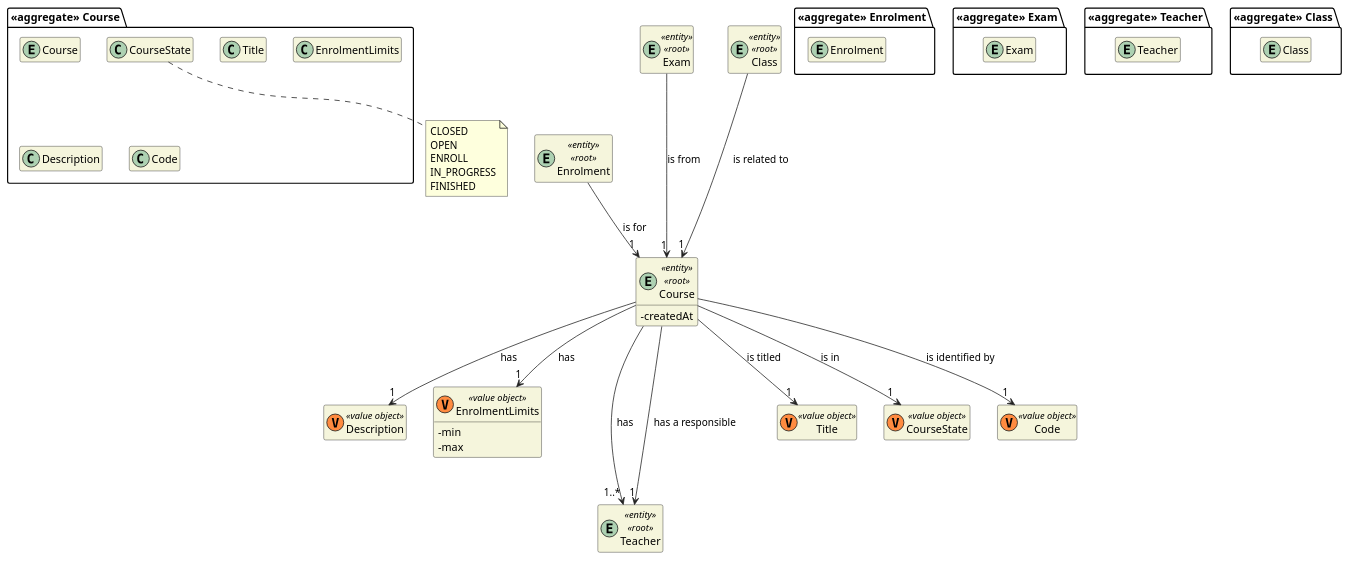
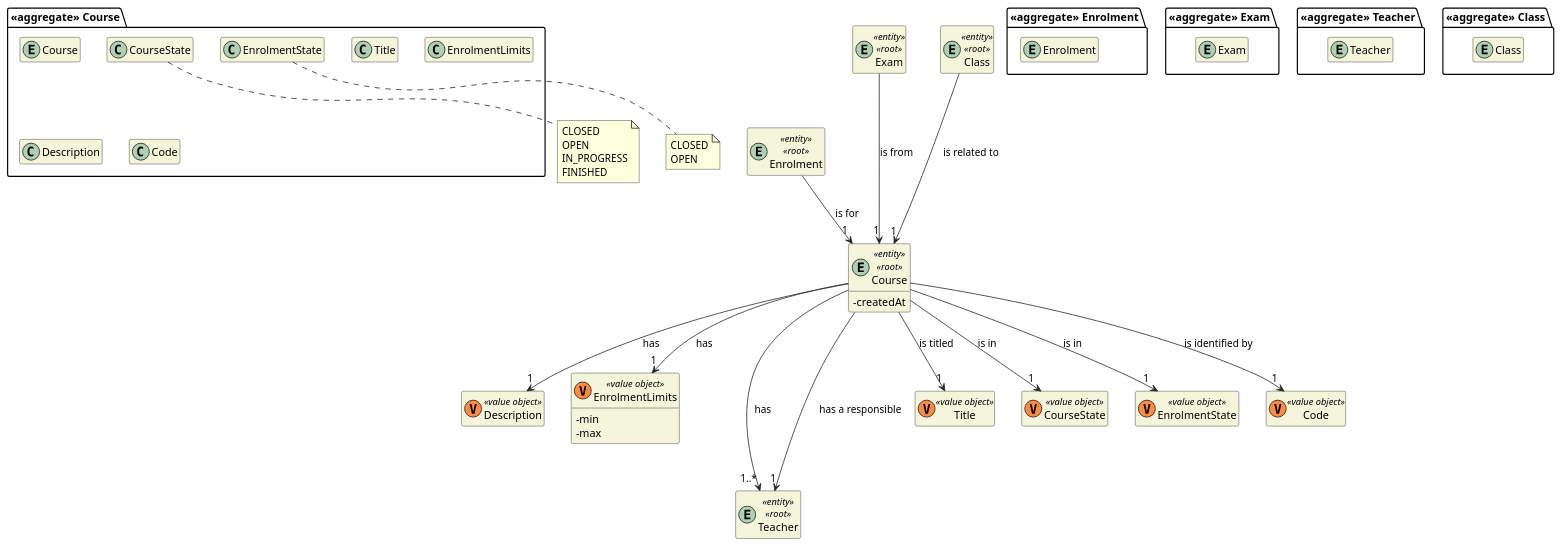
One commit to miseEnPlace-dev/lapr4 changed the diagram in docs/dm/DM_Course.puml. Above: the diagram before and after it, drawn with PlantUML. The commit also changed 10 other files, not shown here.

Commit message:
docs: added enrolment state to diagrams (#16)

```diff
--- a/docs/dm/DM_Course.puml
+++ b/docs/dm/DM_Course.puml
@@ -1,80 +1,84 @@
 @startuml DM-COURSE
 'https://plantuml.com/class-diagram
 
 skinparam classAttributeIconSize 0
 hide empty attributes
 hide empty methods
 skinparam classBackgroundColor beige
 skinparam ArrowColor #222222
 
 package "<<aggregate>> Course" {
   entity Course
 
   class Title
   class CourseState
+  class EnrolmentState
 
   class EnrolmentLimits
   class Description
 
   class Code
 }
 
 class Description <<(V,#FF8B40) value object>> {}
 class EnrolmentLimits <<(V,#FF8B40) value object>> {
   - min
   - max
 }
 
 package "<<aggregate>> Enrolment" {
   entity Enrolment
 }
 
 entity Course <<entity>> <<root>> {
   - createdAt
 }
 
 entity Enrolment <<entity>> <<root>> {
 }
 
 package "<<aggregate>> Exam" {
   entity Exam
 }
 
 entity Exam <<entity>> <<root>> {
 }
 
 package "<<aggregate>> Teacher" {
   entity Teacher
 }
 
 entity Teacher <<entity>> <<root>> {
 }
 
 package "<<aggregate>> Class" {
   entity Class
 }
 
 entity Class <<entity>> <<root>> {
 }
 
-note bottom of CourseState : CLOSED\nOPEN\nENROLL\nIN_PROGRESS\nFINISHED
+note bottom of CourseState : CLOSED\nOPEN\nIN_PROGRESS\nFINISHED
+note bottom of EnrolmentState : CLOSED\nOPEN
 
 class Title <<(V,#FF8B40) value object>> {}
 class CourseState <<(V,#FF8B40) value object>> {}
+class EnrolmentState <<(V,#FF8B40) value object>> {}
 class Code <<(V,#FF8B40) value object>> {}
 
 Course --> "1" Title : is titled
 Course ---> "1..*" Teacher : has
 Course --> "1" Teacher : has a responsible
 Course --> "1" CourseState : is in
+Course --> "1" EnrolmentState : is in
 Course --> "1" Description : has
 Course --> "1" EnrolmentLimits : has
 Course --> "1" Code : is identified by
 
 Enrolment --> "1" Course : is for
 
 Exam ---> "1" Course : is from
 
 Class ---> "1" Course : is related to
 
 @enduml
```
